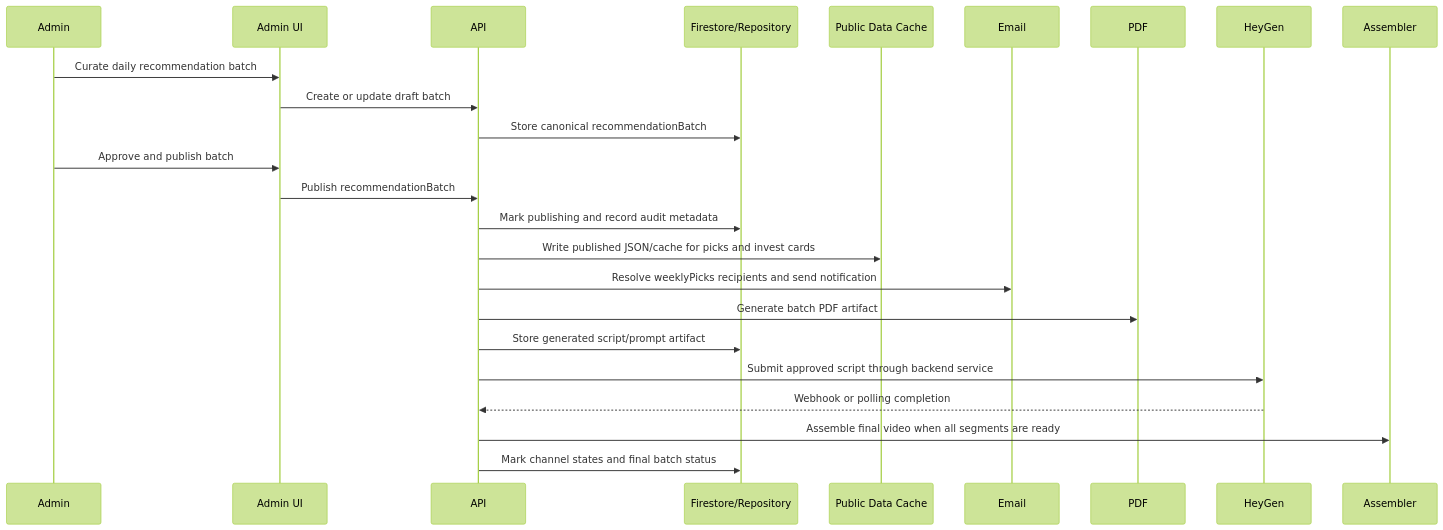
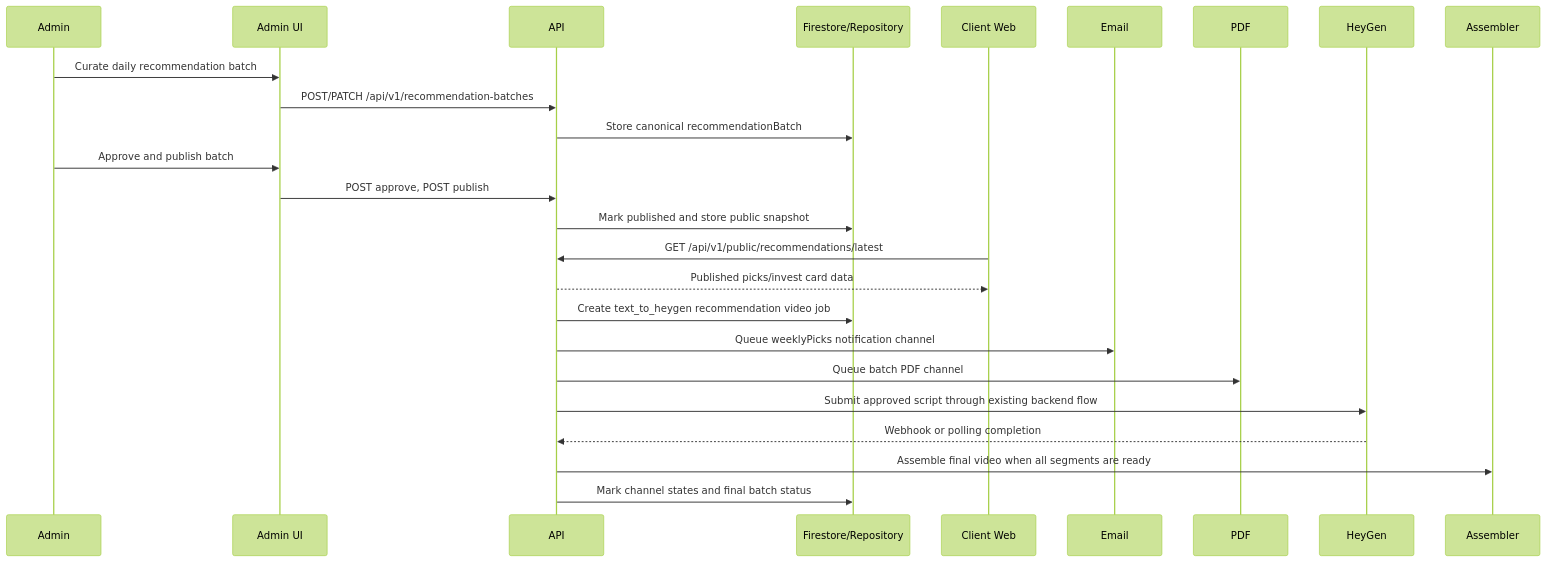
The fourth of 12 diagrams in docs/architecture-flows.md (newleafsystem/admin-web), drawn with Mermaid (forest theme) before and after one commit. The commit also changed other lines of this file and 14 other files, not shown here.

First line of the commit message:
Implement recommendation batch publishing flow

````diff
--- a/docs/architecture-flows.md
+++ b/docs/architecture-flows.md
@@ -102,27 +102,28 @@
 ```mermaid
 sequenceDiagram
   participant Admin
   participant UI as Admin UI
   participant API
   participant Repo as Firestore/Repository
-  participant Public as Public Data Cache
+  participant Client as Client Web
   participant Email
   participant PDF
   participant HeyGen
   participant Assembler
 
   Admin->>UI: Curate daily recommendation batch
-  UI->>API: Create or update draft batch
+  UI->>API: POST/PATCH /api/v1/recommendation-batches
   API->>Repo: Store canonical recommendationBatch
   Admin->>UI: Approve and publish batch
-  UI->>API: Publish recommendationBatch
-  API->>Repo: Mark publishing and record audit metadata
-  API->>Public: Write published JSON/cache for picks and invest cards
-  API->>Email: Resolve weeklyPicks recipients and send notification
-  API->>PDF: Generate batch PDF artifact
-  API->>Repo: Store generated script/prompt artifact
-  API->>HeyGen: Submit approved script through backend service
+  UI->>API: POST approve, POST publish
+  API->>Repo: Mark published and store public snapshot
+  Client->>API: GET /api/v1/public/recommendations/latest
+  API-->>Client: Published picks/invest card data
+  API->>Repo: Create text_to_heygen recommendation video job
+  API->>Email: Queue weeklyPicks notification channel
+  API->>PDF: Queue batch PDF channel
+  API->>HeyGen: Submit approved script through existing backend flow
   HeyGen-->>API: Webhook or polling completion
   API->>Assembler: Assemble final video when all segments are ready
   API->>Repo: Mark channel states and final batch status
 ```
````
